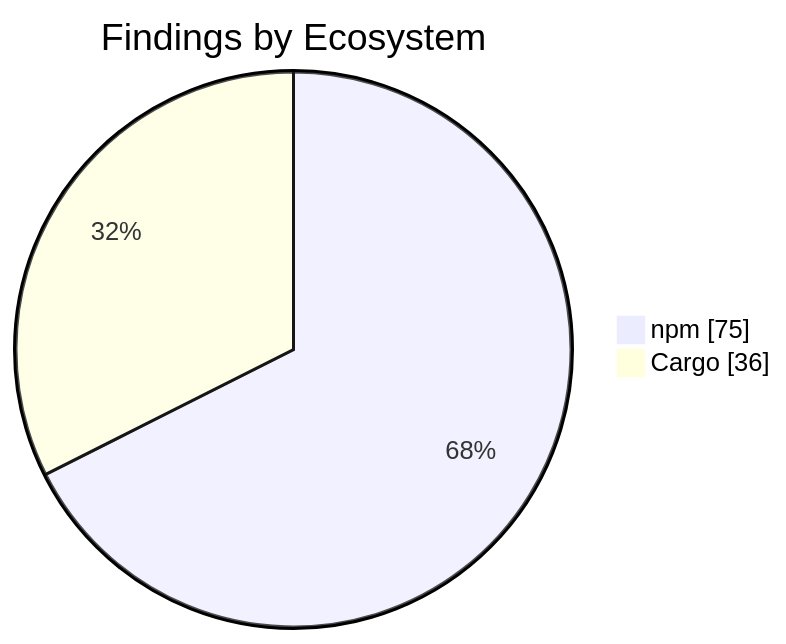
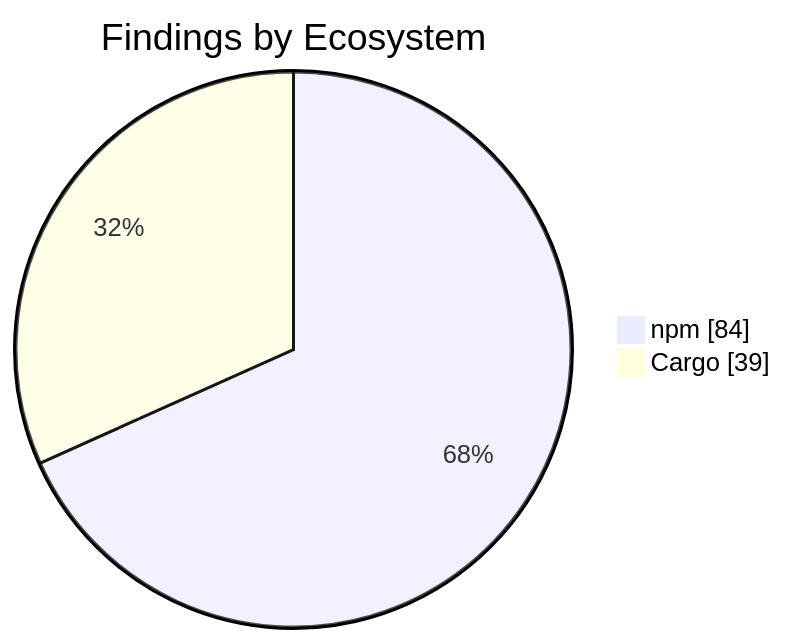
One commit to KBVE/kbve changed the second of 2 diagrams in apps/kbve/astro-kbve/src/content/docs/dashboard/security.mdx. Above: the diagram before and after it, drawn with Mermaid. The commit also changed other lines of this file and 8 other files, not shown here.

````diff
--- a/apps/kbve/astro-kbve/src/content/docs/dashboard/security.mdx
+++ b/apps/kbve/astro-kbve/src/content/docs/dashboard/security.mdx
@@ -73,6 +73,6 @@
 ```mermaid
 pie showData
     title Findings by Ecosystem
-    "npm" : 75
-    "Cargo" : 36
+    "npm" : 84
+    "Cargo" : 39
 ```
````
